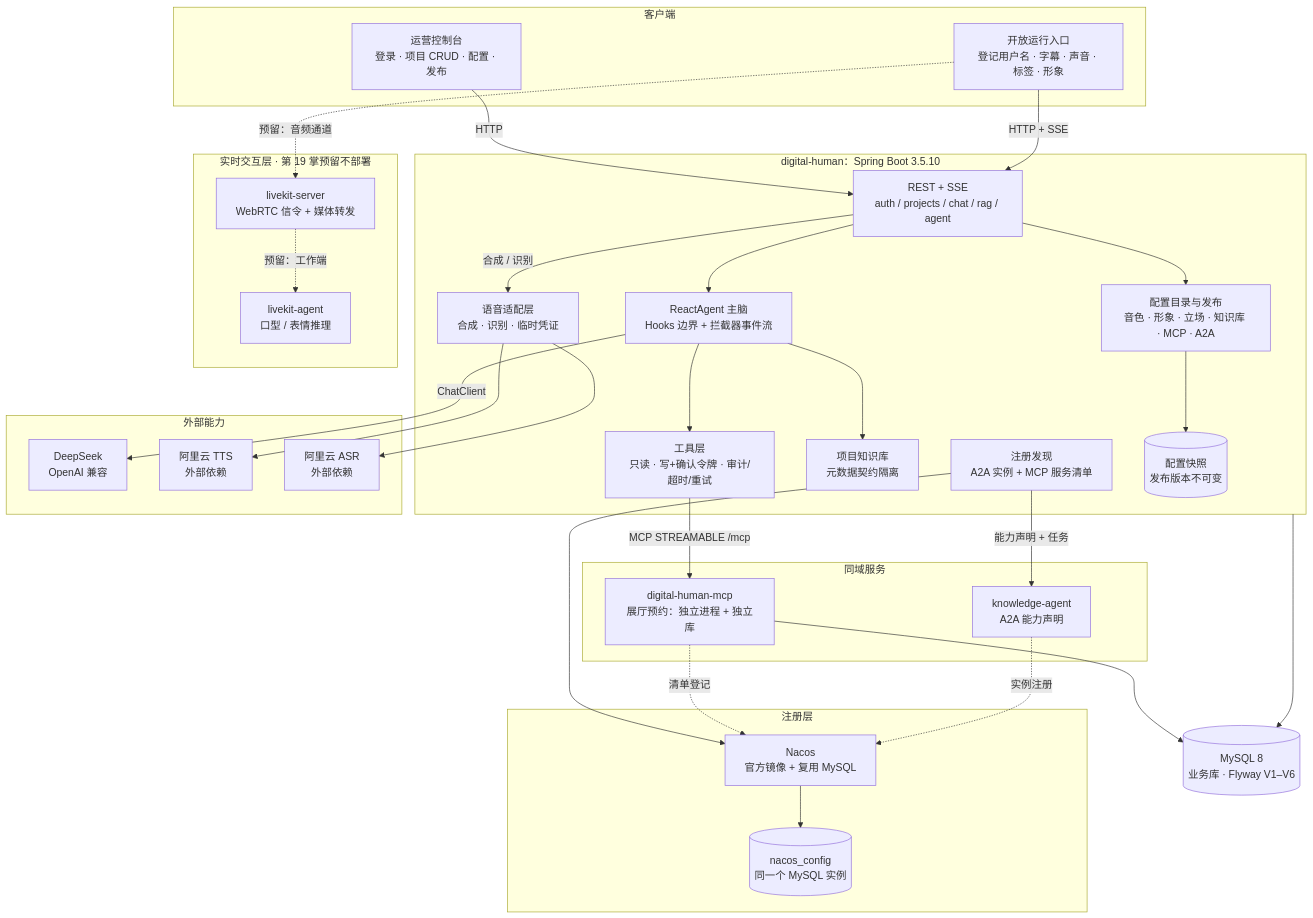
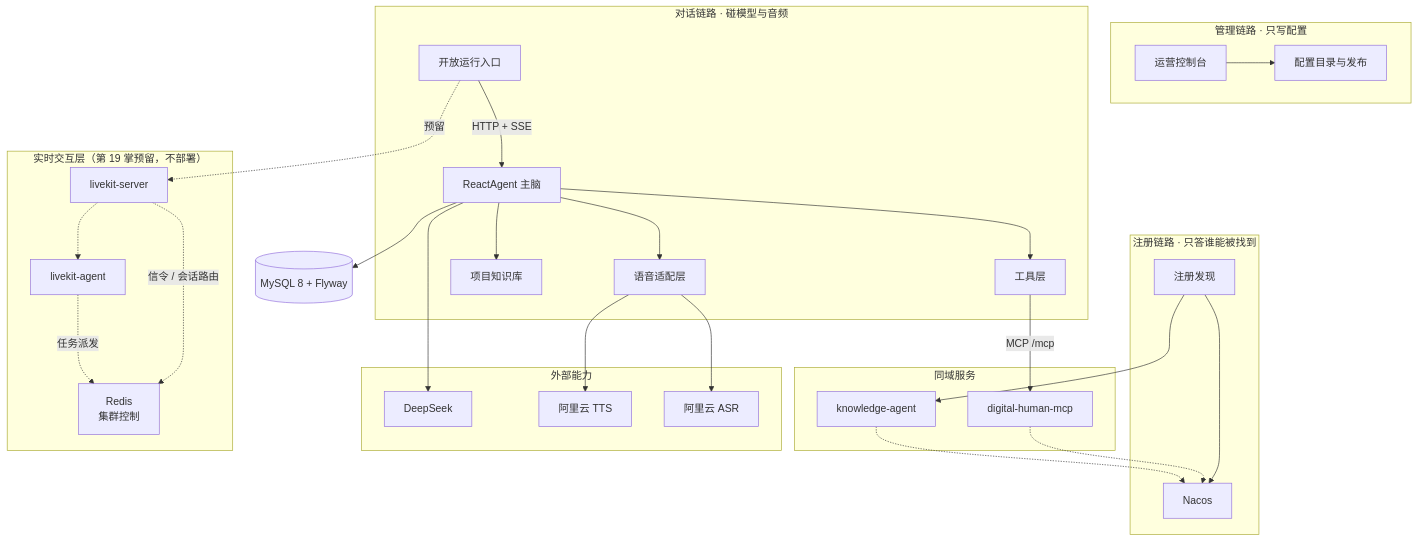
Before and after one commit to lifuchun522/springaialibabapractice: the diagram in README.md, drawn with Mermaid. The commit also changed other lines of this file and 3 other files, not shown here.

First line of the commit message:
docs(readme,ch19): README 精简为四段导读，架构图补 Redis 实时层集群控制

````diff
--- a/README.md
+++ b/README.md
@@ -293,63 +53,52 @@
 ```mermaid
 flowchart TB
-    subgraph CLIENT["客户端"]
-        AUI["运营控制台<br/>登录 · 项目 CRUD · 配置 · 发布"]
-        RUI["开放运行入口<br/>登记用户名 · 字幕 · 声音 · 标签 · 形象"]
+    subgraph ADMIN["管理链路 · 只写配置"]
+        AUI["运营控制台"]
+        CFG["配置目录与发布"]
     end
+    subgraph TALK["对话链路 · 碰模型与音频"]
+        RUI["开放运行入口"]
+        AGENT["ReactAgent 主脑"]
+        TOOLS["工具层"]
+        RAG["项目知识库"]
+        VOICE["语音适配层"]
+    end
+    subgraph REG["注册链路 · 只答谁能被找到"]
+        DISC["注册发现"]
+        NACOS["Nacos"]
+    end
+    subgraph PEERS["同域服务"]
+        MCP["digital-human-mcp"]
+        KA["knowledge-agent"]
+    end
+    subgraph EXT["外部能力"]
+        LLM["DeepSeek"]
+        TTSX["阿里云 TTS"]
+        ASRX["阿里云 ASR"]
+    end
+    subgraph RTC["实时交互层（第 19 掌预留，不部署）"]
+        LKS["livekit-server"]
+        LKA["livekit-agent"]
+        REDIS["Redis<br/>集群控制"]
+    end
+    DB[("MySQL 8 + Flyway")]
 
-    subgraph APP["digital-human：Spring Boot 3.5.10"]
-        API["REST + SSE<br/>auth / projects / chat / rag / agent"]
-        CFG["配置目录与发布<br/>音色 · 形象 · 立场 · 知识库 · MCP · A2A"]
-        VOICE["语音适配层<br/>合成 · 识别 · 临时凭证"]
-        AGENT["ReactAgent 主脑<br/>Hooks 边界 + 拦截器事件流"]
-        TOOLS["工具层<br/>只读 · 写+确认令牌 · 审计/超时/重试"]
-        RAG["项目知识库<br/>元数据契约隔离"]
-        DISC["注册发现<br/>A2A 实例 + MCP 服务清单"]
-        SNAP[("配置快照<br/>发布版本不可变")]
-    end
-
-    subgraph EXT["外部能力"]
-        LLM["DeepSeek<br/>OpenAI 兼容"]
-        TTSX["阿里云 TTS<br/>外部依赖"]
-        ASRX["阿里云 ASR<br/>外部依赖"]
-    end
-
-    subgraph RTC["实时交互层 · 第 19 掌预留不部署"]
-        LKS["livekit-server<br/>WebRTC 信令 + 媒体转发"]
-        LKA["livekit-agent<br/>口型 / 表情推理"]
-    end
-
-    subgraph REG["注册层"]
-        NACOS["Nacos<br/>官方镜像 + 复用 MySQL"]
-        NACOSDB[("nacos_config<br/>同一个 MySQL 实例")]
-    end
-
-    subgraph PEERS["同域服务"]
-        MCP["digital-human-mcp<br/>展厅预约：独立进程 + 独立库"]
-        KA["knowledge-agent<br/>A2A 能力声明"]
-    end
-
-    DB[("MySQL 8<br/>业务库 · Flyway V1–V6")]
-
-    AUI -->|"HTTP"| API
-    API --> CFG
-    CFG --> SNAP
-    RUI -->|"HTTP + SSE"| API
-    API --> AGENT
-    AGENT -->|"ChatClient"| LLM
+    AUI --> CFG
+    RUI -->|"HTTP + SSE"| AGENT
+    AGENT --> LLM
     AGENT --> TOOLS
     AGENT --> RAG
-    API -->|"合成 / 识别"| VOICE
+    AGENT --> VOICE
     VOICE --> TTSX
     VOICE --> ASRX
-    TOOLS -->|"MCP STREAMABLE /mcp"| MCP
-    DISC -->|"能力声明 + 任务"| KA
+    TOOLS -->|"MCP /mcp"| MCP
+    DISC --> KA
     DISC --> NACOS
-    MCP -.->|"清单登记"| NACOS
-    KA -.->|"实例注册"| NACOS
-    NACOS --> NACOSDB
-    APP --> DB
-    MCP --> DB
-    RUI -.->|"预留：音频通道"| LKS
-    LKS -.->|"预留：工作端"| LKA
+    MCP -.-> NACOS
+    KA -.-> NACOS
+    AGENT --> DB
+    RUI -.->|"预留"| LKS
+    LKS -.-> LKA
+    LKS -.->|"信令 / 会话路由"| REDIS
+    LKA -.->|"任务派发"| REDIS
 ```
````
